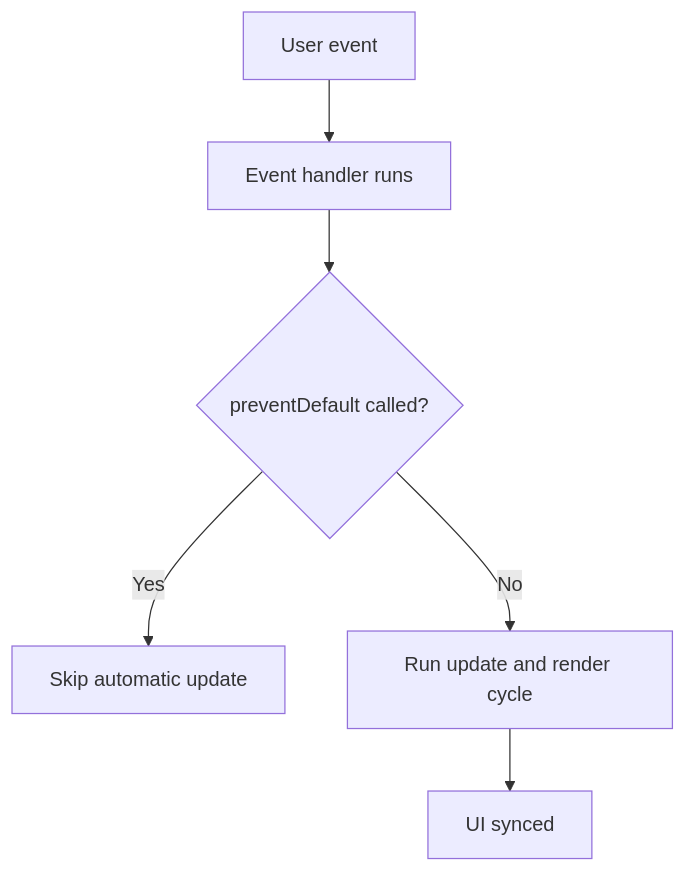
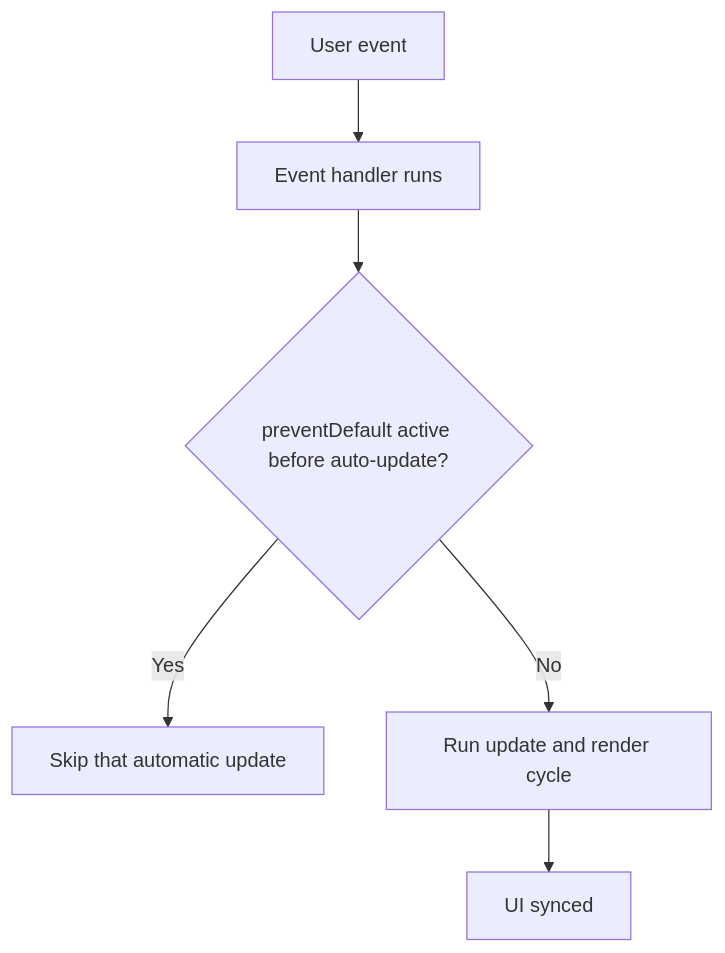
One commit to Masquerade-Circus/valyrian.js changed the first of 2 diagrams in docs/3-the-essentials.md. Above: the diagram before and after it, drawn with Mermaid. The commit also changed other lines of this file and 10 other files, not shown here.

````diff
--- a/docs/3-the-essentials.md
+++ b/docs/3-the-essentials.md
@@ -151,8 +155,8 @@
 ```mermaid
 flowchart TD
     evt[User event] --> handler[Event handler runs]
-    handler --> prevent{preventDefault called?}
-    prevent -- Yes --> skip[Skip automatic update]
+    handler --> prevent{preventDefault active before auto-update?}
+    prevent -- Yes --> skip[Skip that automatic update]
     prevent -- No --> render[Run update and render cycle]
     render --> synced[UI synced]
 ```
````
